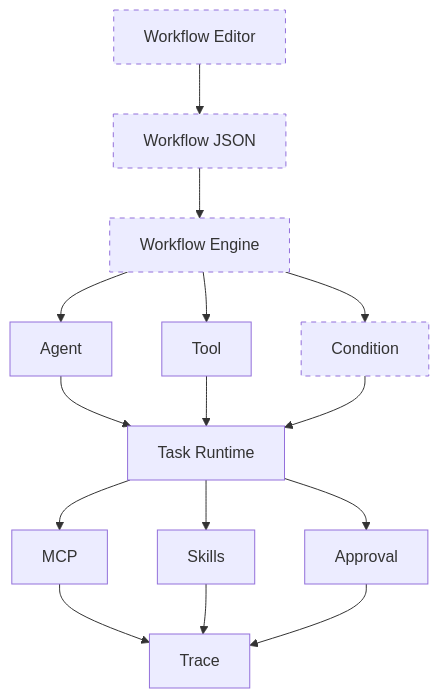
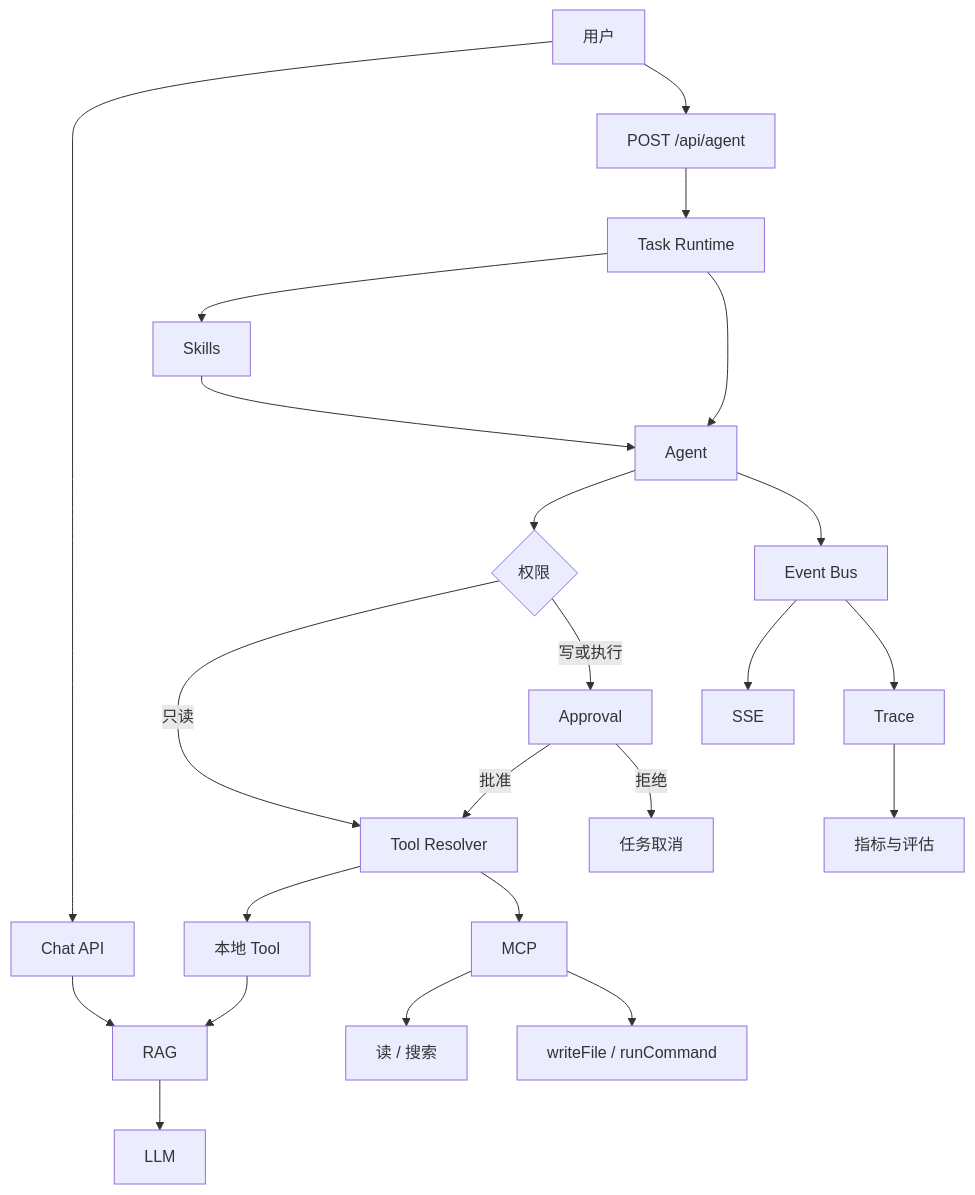
One commit to WaitingChen0117/agent-workbench changed the diagram in docs/architecture/05-v1.0.0.md. Above: the diagram before and after it, drawn with Mermaid. The commit also changed other lines of this file and 7 other files, not shown here.

Commit message:
Draw each version's architecture as the system that existed then.

````diff
--- a/docs/architecture/05-v1.0.0.md
+++ b/docs/architecture/05-v1.0.0.md
@@ -7,31 +7,24 @@
 ```mermaid
 flowchart TB
-  editor["Workflow Editor"]
-  json["Workflow JSON"]
-  engine["Workflow Engine"]
-  agent["Agent"]
-  tool["Tool"]
-  condition["Condition"]
-  runtime["Task Runtime"]
-  mcp["MCP"]
-  skills["Skills"]
-  approval["Approval"]
-  trace["Trace"]
-
-  editor --> json --> engine
-  engine --> agent
-  engine --> tool
-  engine --> condition
-  agent --> runtime
-  tool --> runtime
-  condition --> runtime
-  runtime --> mcp
-  runtime --> skills
-  runtime --> approval
-  mcp --> trace
-  skills --> trace
-  approval --> trace
-
-  classDef missing stroke-dasharray: 5 5
-  class editor,json,engine,condition missing
+  user["用户"] --> chat["Chat API"]
+  user --> post["POST /api/agent"]
+  chat --> rag["RAG"] --> llm["LLM"]
+  post --> runtime["Task Runtime"]
+  runtime --> skills["Skills"]
+  skills --> agent["Agent"]
+  runtime --> agent
+  agent --> gate{"权限"}
+  gate -->|只读| resolver["Tool Resolver"]
+  gate -->|写或执行| approval["Approval"]
+  approval -->|批准| resolver
+  approval -->|拒绝| cancel["任务取消"]
+  resolver --> local["本地 Tool"]
+  resolver --> mcp["MCP"]
+  local --> rag
+  mcp --> read["读 / 搜索"]
+  mcp --> write["writeFile / runCommand"]
+  agent --> bus["Event Bus"]
+  bus --> sse["SSE"]
+  bus --> trace["Trace"]
+  trace --> eval["指标与评估"]
 ```
````
